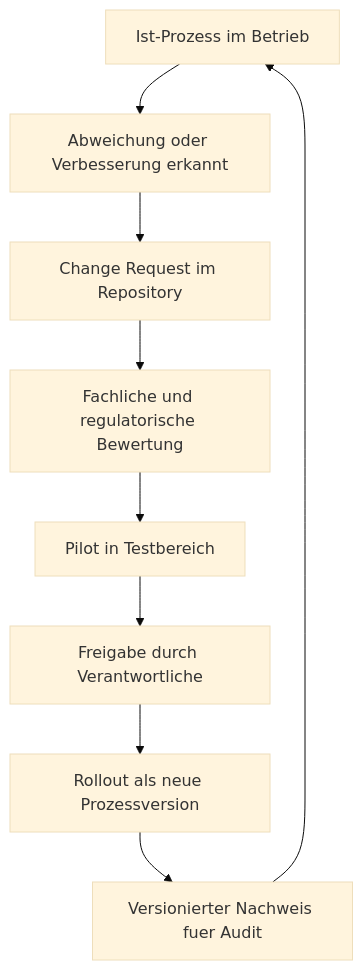
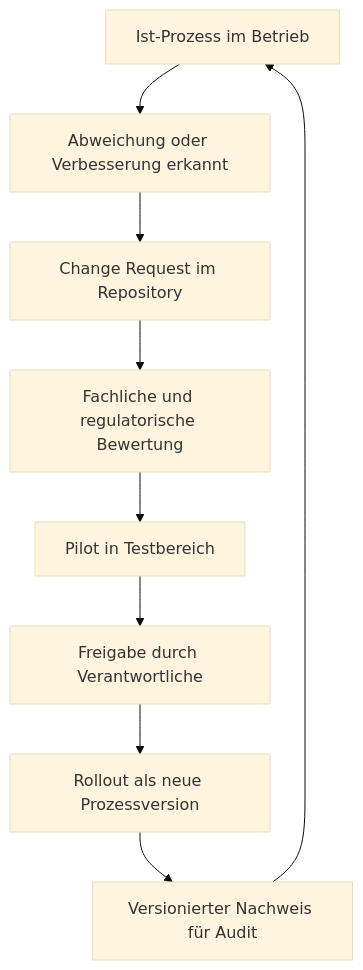
The diagram in docs/de/fachanwender-guide.md (notariat8/NaC), drawn with Mermaid (base theme) before and after one commit. The commit also changed other lines of this file and 231 other files, not shown here.

````diff
--- a/docs/de/fachanwender-guide.md
+++ b/docs/de/fachanwender-guide.md
@@ -110,11 +110,11 @@
 ```mermaid
 flowchart TD
     IstProzess["Ist-Prozess im Betrieb"] --> Beobachtung["Abweichung oder Verbesserung erkannt"]
     Beobachtung --> ChangeRequest["Change Request im Repository"]
     ChangeRequest --> Bewertung["Fachliche und regulatorische Bewertung"]
     Bewertung --> Pilot["Pilot in Testbereich"]
     Pilot --> Freigabe["Freigabe durch Verantwortliche"]
     Freigabe --> Rollout["Rollout als neue Prozessversion"]
-    Rollout --> Nachweis["Versionierter Nachweis fuer Audit"]
+    Rollout --> Nachweis["Versionierter Nachweis für Audit"]
     Nachweis --> IstProzess
 ```
````
